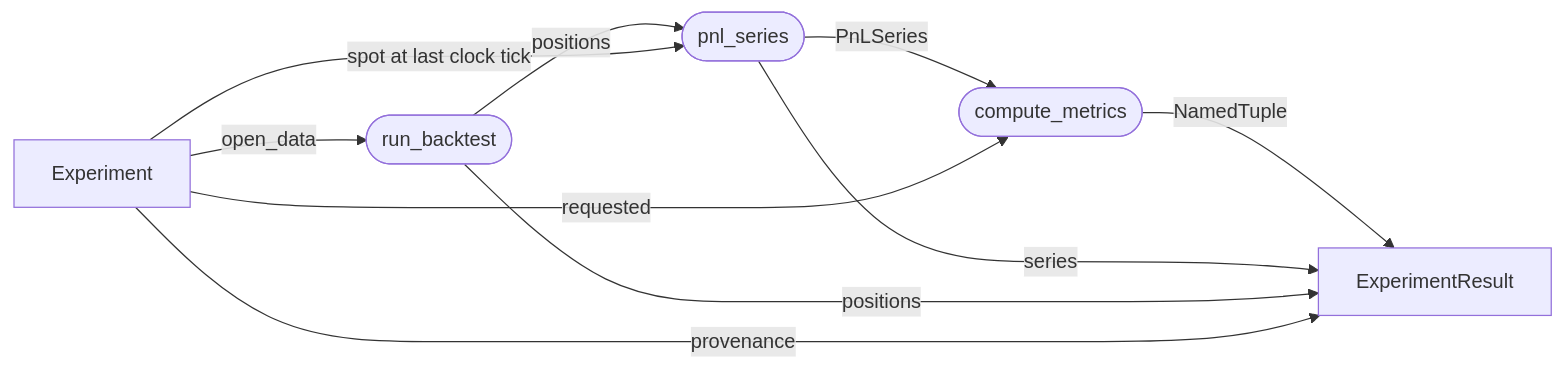
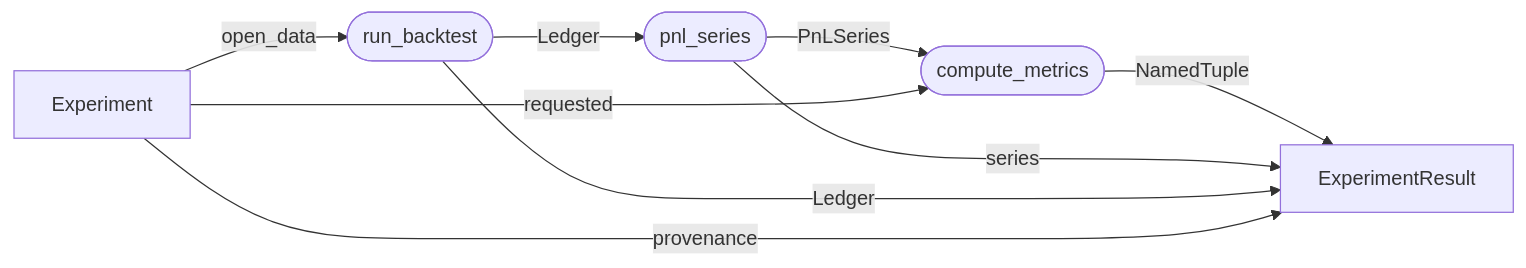
Before and after one commit to aleCombi/VolSurfaceAnalysis.jl: the diagram in docs/modules/experiment.md, drawn with Mermaid. The commit also changed other lines of this file and 41 other files, not shown here.

````diff
--- a/docs/modules/experiment.md
+++ b/docs/modules/experiment.md
@@ -12,12 +12,11 @@
 ```mermaid
 flowchart LR
     Exp[Experiment] -->|open_data| RB([run_backtest])
-    RB -->|positions| PS([pnl_series])
-    Exp -->|spot at last clock tick| PS
+    RB -->|Ledger| PS([pnl_series])
     PS -->|PnLSeries| CM([compute_metrics])
     Exp -->|requested| CM
     CM -->|NamedTuple| ER[ExperimentResult]
     PS -->|series| ER
-    RB -->|positions| ER
+    RB -->|Ledger| ER
     Exp -->|provenance| ER
 ```
````
